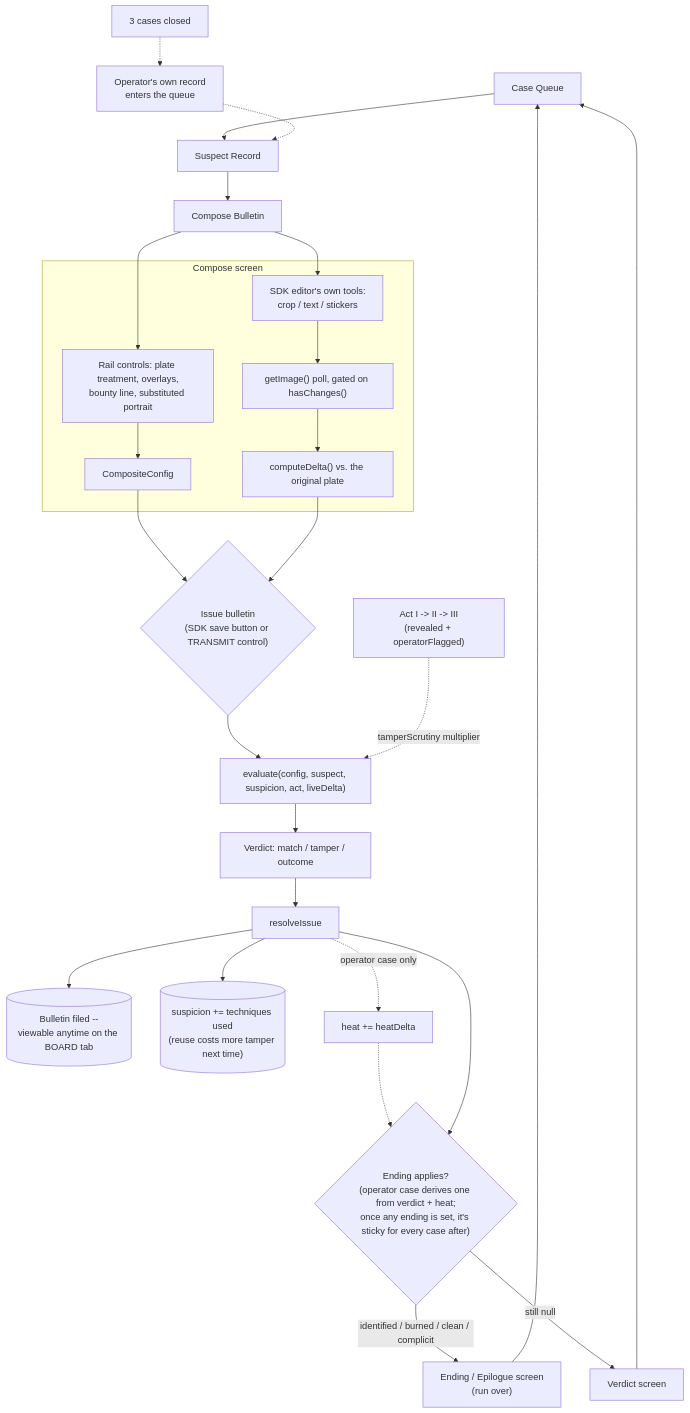
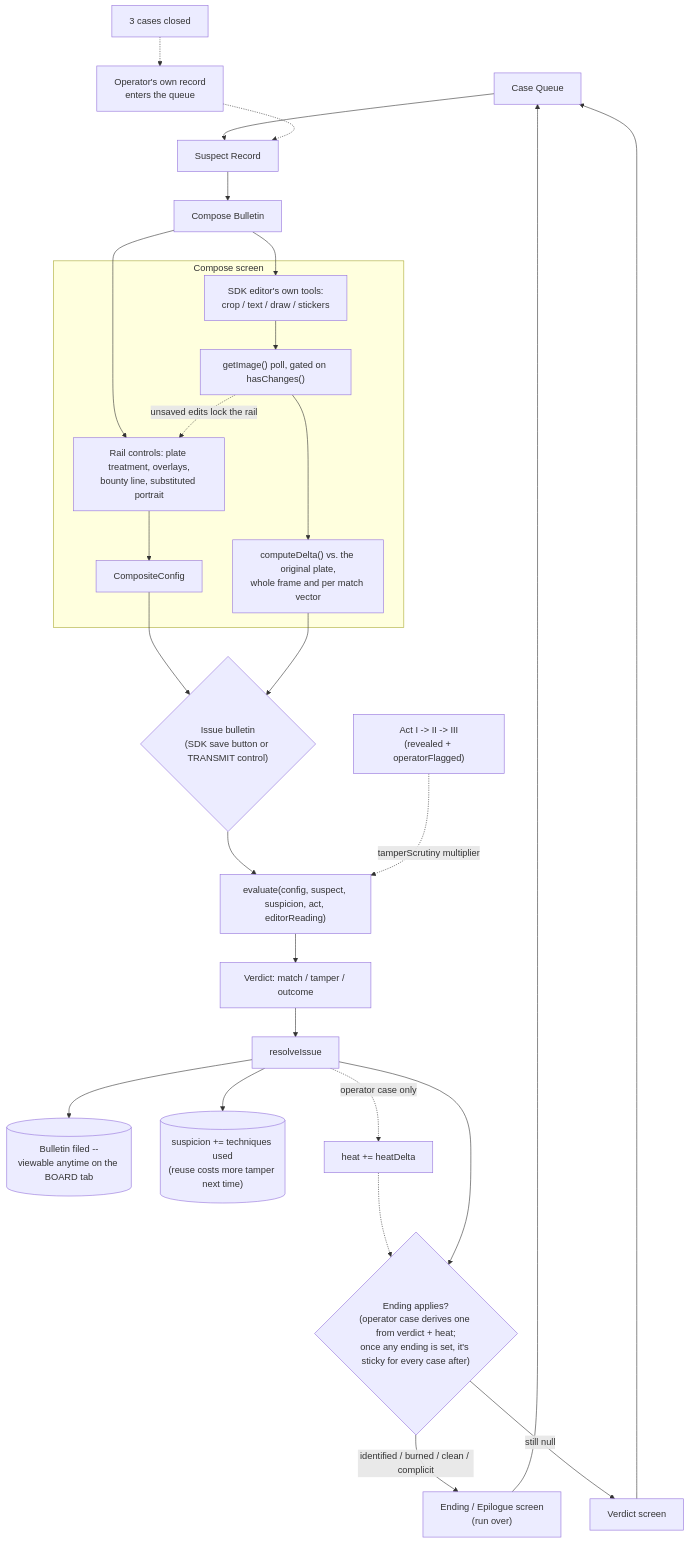
The diagram in README.md (camtonguyen/bolo), drawn with Mermaid before and after one commit. The commit also changed other lines of this file and 14 other files, not shown here.

````diff
--- a/README.md
+++ b/README.md
@@ -41,30 +50,31 @@
 ```mermaid
 flowchart TD
     Queue[Case Queue] --> Record[Suspect Record]
     Record --> Compose[Compose Bulletin]
     Compose --> Rail
     Compose --> SDKTools
 
     subgraph inEditor [Compose screen]
         Rail["Rail controls: plate treatment, overlays,<br/>bounty line, substituted portrait"] --> Config[CompositeConfig]
-        SDKTools["SDK editor's own tools:<br/>crop / text / stickers"] --> Poll["getImage() poll, gated on hasChanges()"]
-        Poll --> Delta["computeDelta() vs. the original plate"]
+        SDKTools["SDK editor's own tools:<br/>crop / text / draw / stickers"] --> Poll["getImage() poll, gated on hasChanges()"]
+        Poll --> Delta["computeDelta() vs. the original plate,<br/>whole frame and per match vector"]
     end
 
+    Poll -.->|"unsaved edits lock the rail"| Rail
     Config --> Issue{"Issue bulletin<br/>(SDK save button or TRANSMIT control)"}
     Delta --> Issue
-    Issue --> Evaluate["evaluate(config, suspect, suspicion, act, liveDelta)"]
+    Issue --> Evaluate["evaluate(config, suspect, suspicion, act, editorReading)"]
     Evaluate --> Verdict["Verdict: match / tamper / outcome"]
     Verdict --> Resolve[resolveIssue]
 
     Resolve --> Board[("Bulletin filed --<br/>viewable anytime on the BOARD tab")]
     Resolve --> Suspicion[("suspicion += techniques used<br/>(reuse costs more tamper next time)")]
     Resolve -.->|"operator case only"| Heat["heat += heatDelta"] -.-> Ending
     Resolve --> Ending{"Ending applies?<br/>(operator case derives one from verdict + heat;<br/>once any ending is set, it's sticky for every case after)"}
 
     Ending -->|"identified / burned / clean / complicit"| EndScreen["Ending / Epilogue screen<br/>(run over)"] --> Queue
     Ending -->|"still null"| VerdictScreen[Verdict screen] --> Queue
 
     ThreeCases["3 cases closed"] -.-> Turn["Operator's own record<br/>enters the queue"] -.-> Record
     Act["Act I -> II -> III<br/>(revealed + operatorFlagged)"] -.->|"tamperScrutiny multiplier"| Evaluate
 ```
````
